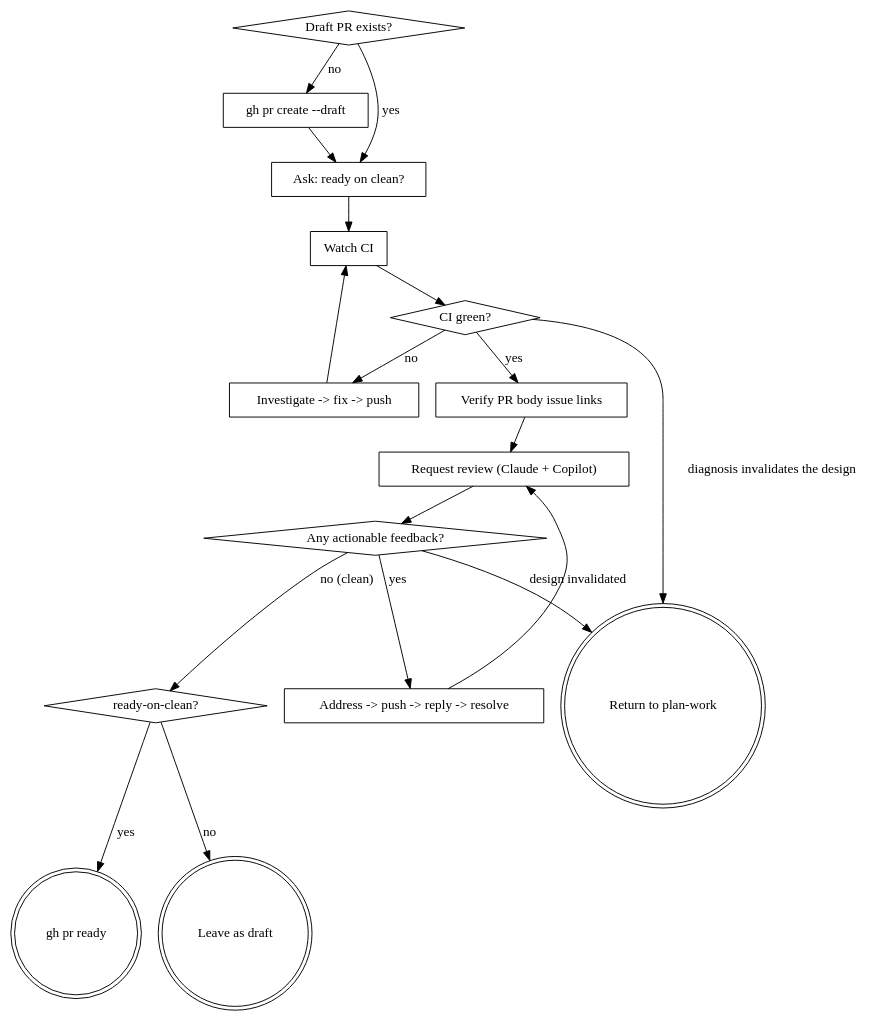
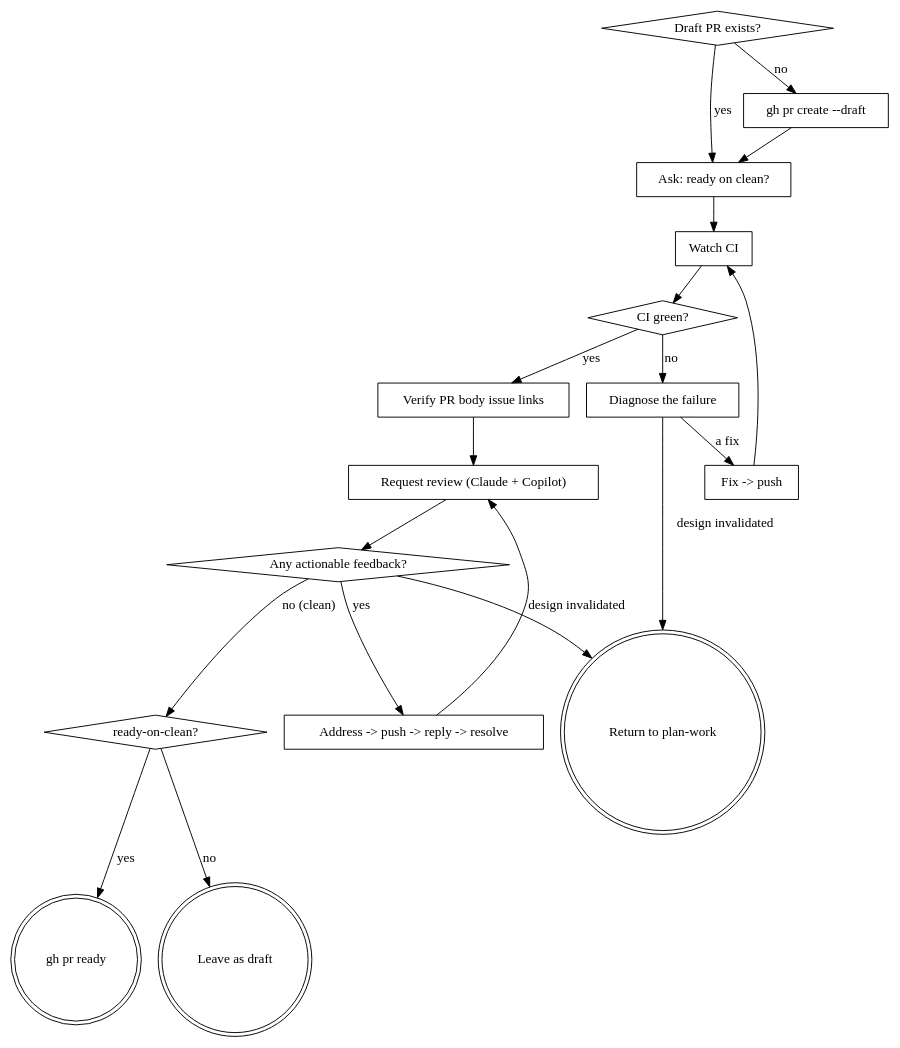
Before and after one commit to yowcow/dotfiles: the diagram in ai/skills/pr-to-ready/SKILL.md, drawn with Graphviz. The commit also changed 1 other file, not shown here.

Commit message:
Copilot レビュー2巡目: 診断の段をフロー図に置き、worktree の特定方法を明示する
2巡目の suppressed comments 2件に対応した。

1件目。CI 側の出口を判定ノード `"CI green?"` から出したが、設計が覆るかどうかは
診断して初めて分かるので、そこから出るのも正確ではなかった（1巡目は動作ノード
から出ていたのを指摘され、2巡目は判定ノードから出ているのを指摘された）。
2つの指摘を合わせると、出口を出すべき点は「診断の後、修正を当てる前」であり、
その点を表すノードが図に無いことが本当の問題だった。

`"Investigate -> fix -> push"` を `"Diagnose the failure"` と `"Fix -> push"` の
2つに分け、出口は診断ノードから出すようにした。これは Step 1 の実際の手順
（失敗した run の特定 → 診断を subagent に委譲 → 修正 → commit → push）にも
図が一致する。レビュー側の出口も判定が済んだ地点から出ているので、両ループが
同じ形になる。

2件目。Output contract が「破棄したブランチとその worktree を書く」と要求して
いたが、Entry が受け取る3項目にファイルパスは含まれない。このフローは working
tree に触らないのでパスを知る手段もない。worktree はパスではなくブランチで
特定すると明示した。受け取る3項目の契約は変えていない。

yowcow/dotfiles#27

````diff
--- a/ai/skills/pr-to-ready/SKILL.md
+++ b/ai/skills/pr-to-ready/SKILL.md
@@ -131,36 +131,38 @@
 ```dot
 digraph pr_to_ready {
   "Draft PR exists?" [shape=diamond];
   "gh pr create --draft" [shape=box];
   "Ask: ready on clean?" [shape=box];
   "Watch CI" [shape=box];
   "CI green?" [shape=diamond];
-  "Investigate -> fix -> push" [shape=box];
+  "Diagnose the failure" [shape=box];
+  "Fix -> push" [shape=box];
   "Verify PR body issue links" [shape=box];
   "Request review (Claude + Copilot)" [shape=box];
   "Any actionable feedback?" [shape=diamond];
   "Address -> push -> reply -> resolve" [shape=box];
   "ready-on-clean?" [shape=diamond];
   "gh pr ready" [shape=doublecircle];
   "Leave as draft" [shape=doublecircle];
   "Return to plan-work" [shape=doublecircle];
 
   "Draft PR exists?" -> "gh pr create --draft" [label="no"];
   "gh pr create --draft" -> "Ask: ready on clean?";
   "Draft PR exists?" -> "Ask: ready on clean?" [label="yes"];
   "Ask: ready on clean?" -> "Watch CI";
   "Watch CI" -> "CI green?";
-  "CI green?" -> "Investigate -> fix -> push" [label="no"];
-  "Investigate -> fix -> push" -> "Watch CI";
+  "CI green?" -> "Diagnose the failure" [label="no"];
+  "Diagnose the failure" -> "Fix -> push" [label="a fix"];
+  "Fix -> push" -> "Watch CI";
   "CI green?" -> "Verify PR body issue links" [label="yes"];
   "Verify PR body issue links" -> "Request review (Claude + Copilot)";
   "Request review (Claude + Copilot)" -> "Any actionable feedback?";
   "Any actionable feedback?" -> "Address -> push -> reply -> resolve" [label="yes"];
   "Address -> push -> reply -> resolve" -> "Request review (Claude + Copilot)";
   "Any actionable feedback?" -> "ready-on-clean?" [label="no (clean)"];
   "Any actionable feedback?" -> "Return to plan-work" [label="design invalidated"];
-  "CI green?" -> "Return to plan-work" [label="diagnosis invalidates the design"];
+  "Diagnose the failure" -> "Return to plan-work" [label="design invalidated"];
   "ready-on-clean?" -> "gh pr ready" [label="yes"];
   "ready-on-clean?" -> "Leave as draft" [label="no"];
 }
 ```
````
